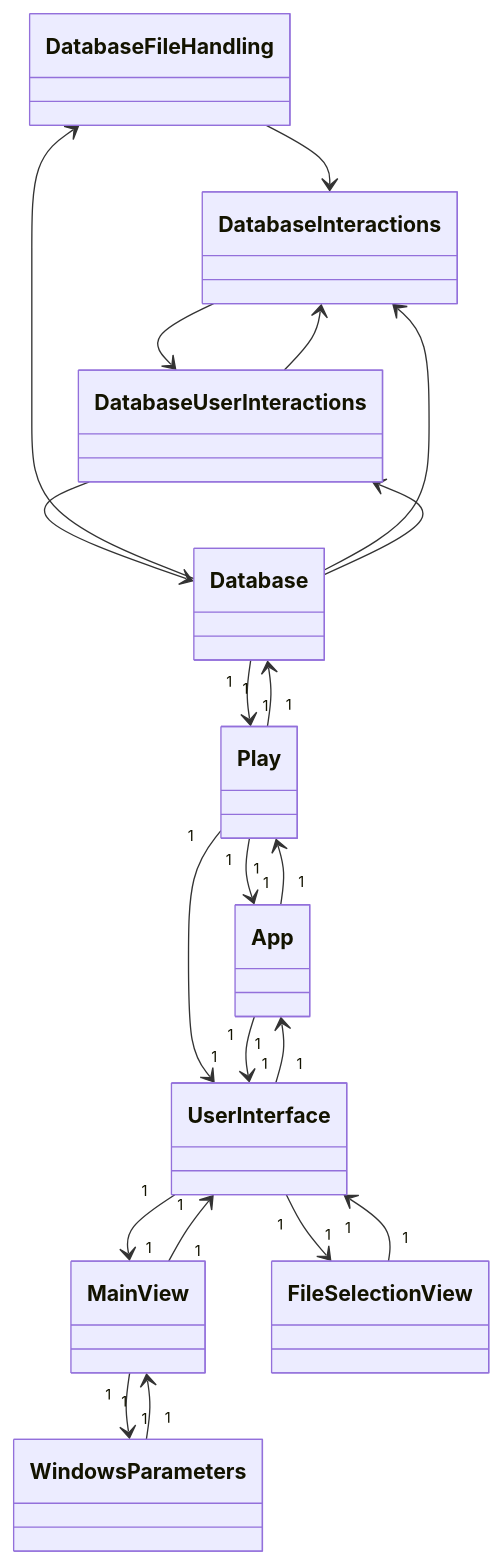
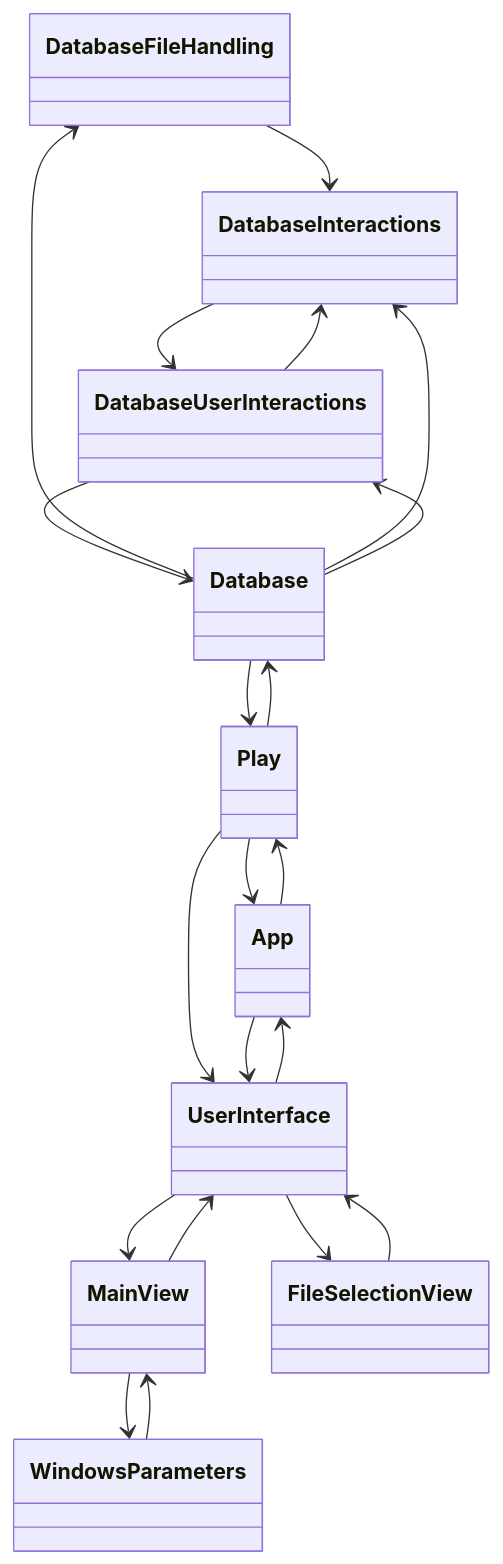
The diagram in dokumentaatio/luokkakaavio_v2.MD (platipus82/ot-harjoitustyo), drawn with Mermaid before and after one commit.

````diff
--- a/dokumentaatio/luokkakaavio_v2.MD
+++ b/dokumentaatio/luokkakaavio_v2.MD
@@ -1,48 +1,48 @@
 ```mermaid
 classDiagram
     class DatabaseFileHandling{
     }
     class DatabaseInteractions{
     }
     class DatabaseUserInteractions{
     }
     class Database{
     }
     class App{
     }
     class Play{
     }
     class UserInterface{
     }
     class MainView{
     }  
     class FileSelectionView{
     }   
     class WindowsParameters{
     }   
     class DatabaseUserInteractions{
     }   
 
 
     DatabaseFileHandling --> DatabaseInteractions
     DatabaseInteractions --> DatabaseUserInteractions
     Database --> DatabaseFileHandling
     Database --> DatabaseInteractions
     Database --> DatabaseUserInteractions
     DatabaseUserInteractions --> DatabaseInteractions
     DatabaseUserInteractions --> Database
 
-    Play "1" --> "1" Database 
-    Database "1" --> "1" Play
-    Play "1" --> "1" App 
-    Play "1" --> "1" UserInterface 
-    App "1" --> "1" UserInterface
-    App "1" --> "1" Play
-    UserInterface "1" --> "1" App
-    UserInterface "1" --> "1" MainView
-    WindowsParameters "1" --> "1" MainView
-    MainView "1" --> "1" WindowsParameters
-    UserInterface "1" --> "1" FileSelectionView
-    FileSelectionView "1" --> "1" UserInterface
-    MainView "1" --> "1" UserInterface
+    Play --> Database 
+    Database --> Play
+    Play --> App 
+    Play --> UserInterface 
+    App --> UserInterface
+    App --> Play
+    UserInterface --> App
+    UserInterface --> MainView
+    WindowsParameters --> MainView
+    MainView --> WindowsParameters
+    UserInterface --> FileSelectionView
+    FileSelectionView --> UserInterface
+    MainView --> UserInterface
 ```
````
